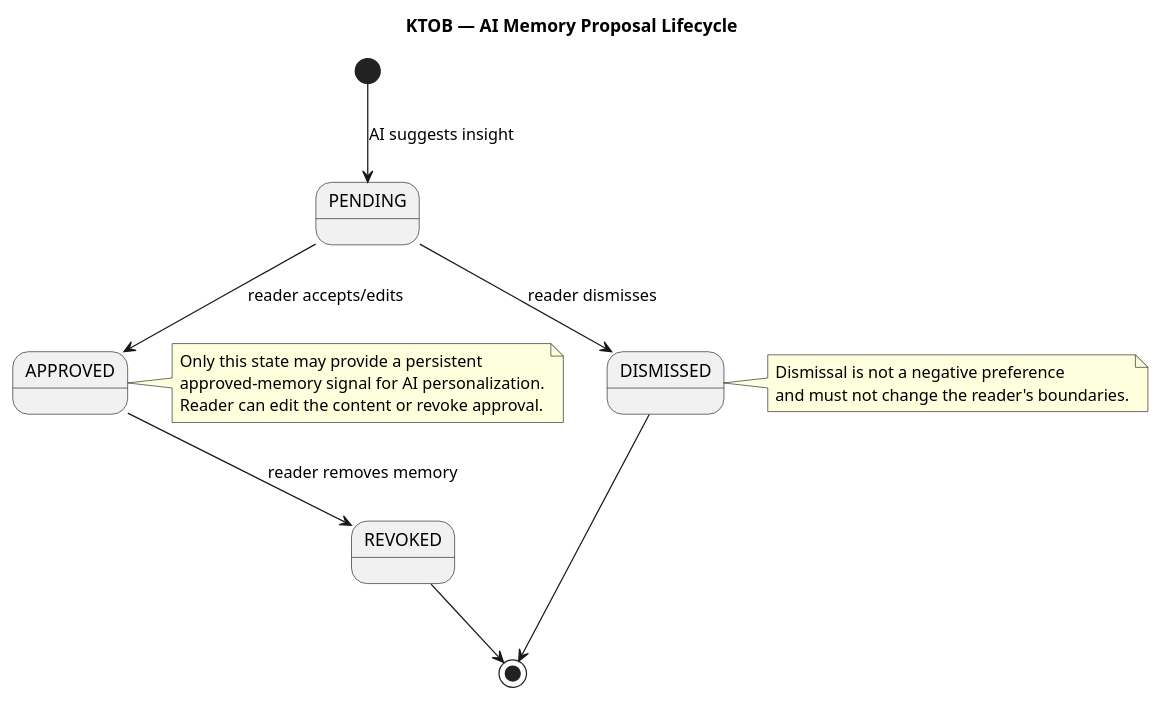
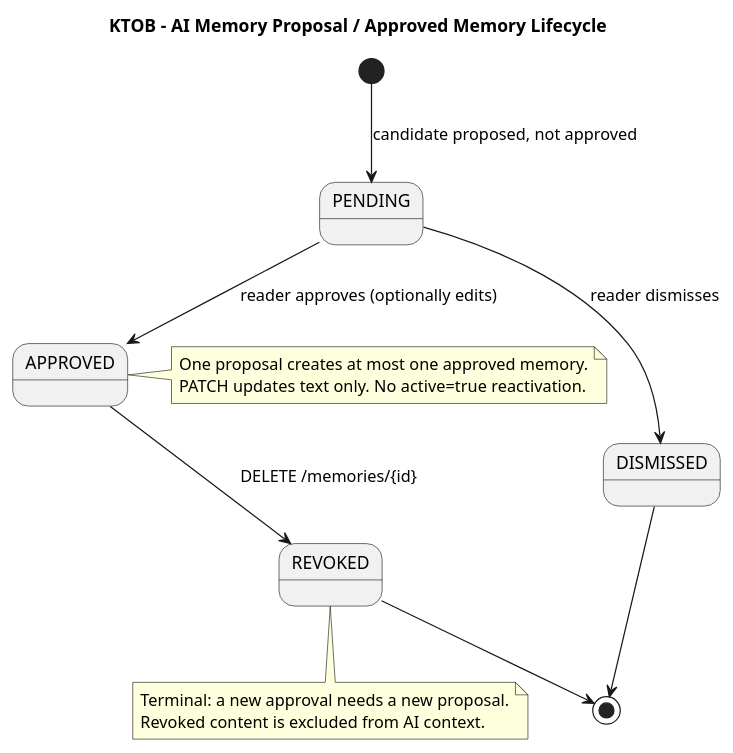
The diagram in docs/uml/15-state-memory.puml (Adam-BArbia/ktob-literary-companion), drawn with PlantUML before and after one commit. The commit also changed 15 other files, not shown here.

Commit message:
docs(uml): reconcile consent, reading, ownership, offers and export across 16 diagrams

```diff
--- a/docs/uml/15-state-memory.puml
+++ b/docs/uml/15-state-memory.puml
@@ -1,18 +1,17 @@
 @startuml KTOB_15_state_memory
-title KTOB — AI Memory Proposal Lifecycle
-[*] --> PENDING : AI suggests insight
-PENDING --> APPROVED : reader accepts/edits
+title KTOB - AI Memory Proposal / Approved Memory Lifecycle
+[*] --> PENDING : candidate proposed, not approved
+PENDING --> APPROVED : reader approves (optionally edits)
 PENDING --> DISMISSED : reader dismisses
-APPROVED --> REVOKED : reader removes memory
+APPROVED --> REVOKED : DELETE /memories/{id}
 DISMISSED --> [*]
 REVOKED --> [*]
 note right of APPROVED
-Only this state may provide a persistent
-approved-memory signal for AI personalization.
-Reader can edit the content or revoke approval.
+One proposal creates at most one approved memory.
+PATCH updates text only. No active=true reactivation.
 end note
-note right of DISMISSED
-Dismissal is not a negative preference
-and must not change the reader's boundaries.
+note bottom of REVOKED
+Terminal: a new approval needs a new proposal.
+Revoked content is excluded from AI context.
 end note
 @enduml
```
